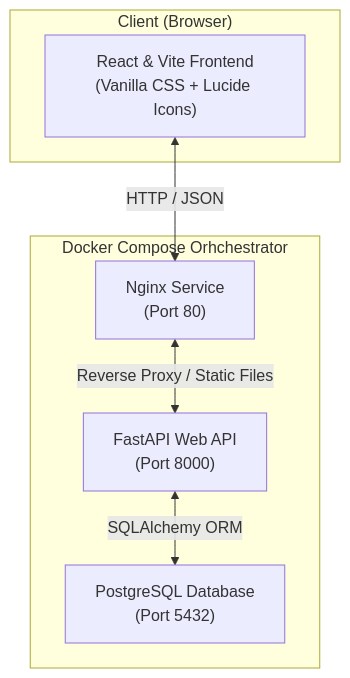
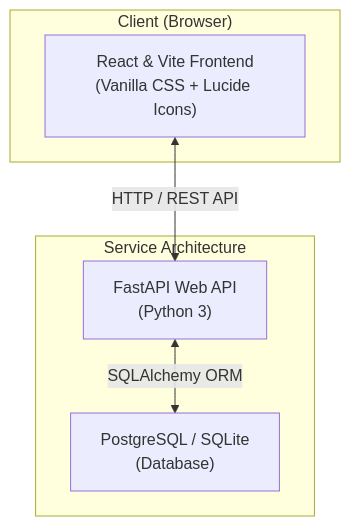
The diagram in README.md (sairajnaikwade/inventory-order-management-system), drawn with Mermaid before and after one commit. The commit also changed other lines of this file, not shown here.

````diff
--- a/README.md
+++ b/README.md
@@ -11,16 +11,14 @@
 ```mermaid
 graph TD
     subgraph Client ["Client (Browser)"]
         React["React & Vite Frontend<br>(Vanilla CSS + Lucide Icons)"]
     end
 
-    subgraph ServiceOrchestration ["Docker Compose Orhchestrator"]
-        Nginx["Nginx Service<br>(Port 80)"]
-        FastAPI["FastAPI Web API<br>(Port 8000)"]
-        Postgres["PostgreSQL Database<br>(Port 5432)"]
+    subgraph ServiceOrchestration ["Service Architecture"]
+        FastAPI["FastAPI Web API<br>(Python 3)"]
+        Postgres["PostgreSQL / SQLite<br>(Database)"]
     end
 
-    React <--> |HTTP / JSON| Nginx
-    Nginx <--> |Reverse Proxy / Static Files| FastAPI
+    React <--> |HTTP / REST API| FastAPI
     FastAPI <--> |SQLAlchemy ORM| Postgres
 ```
````
